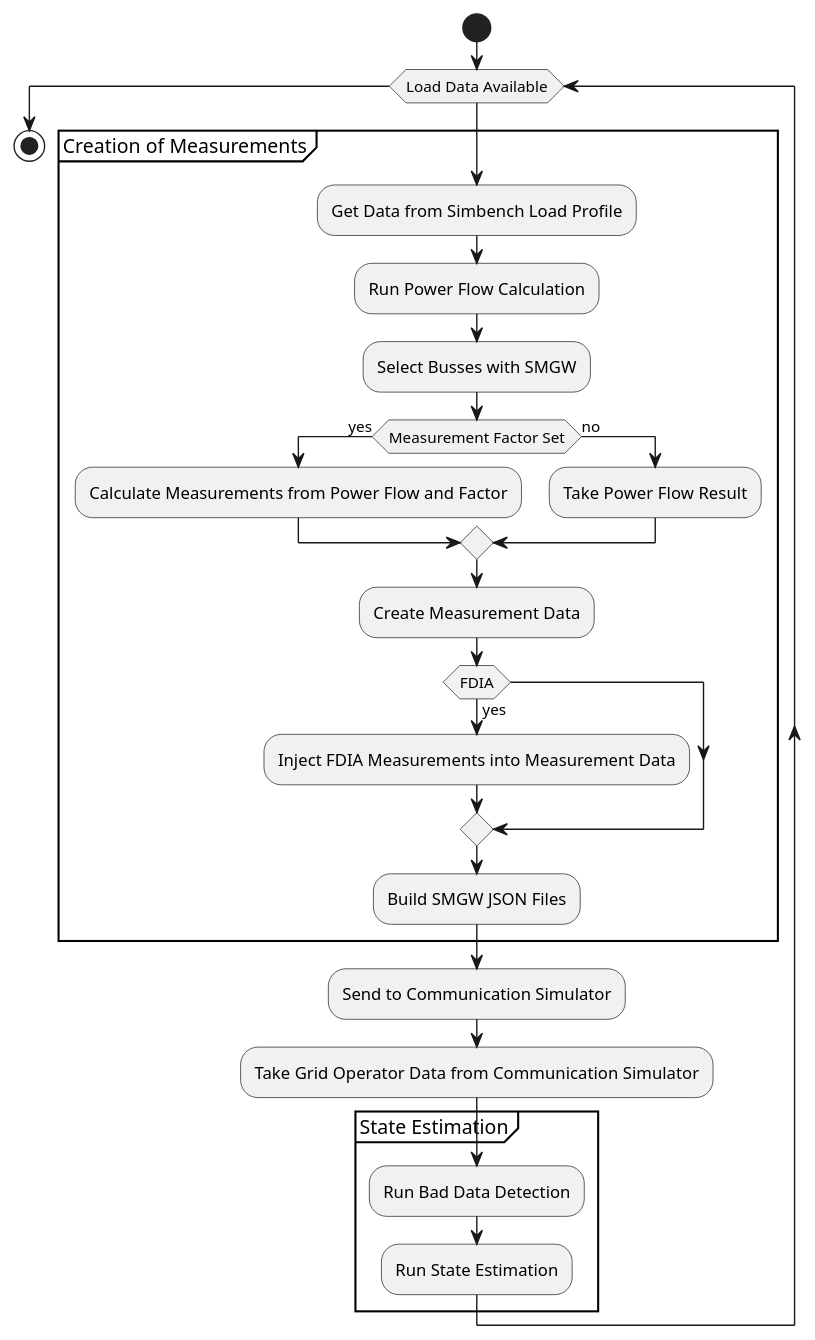
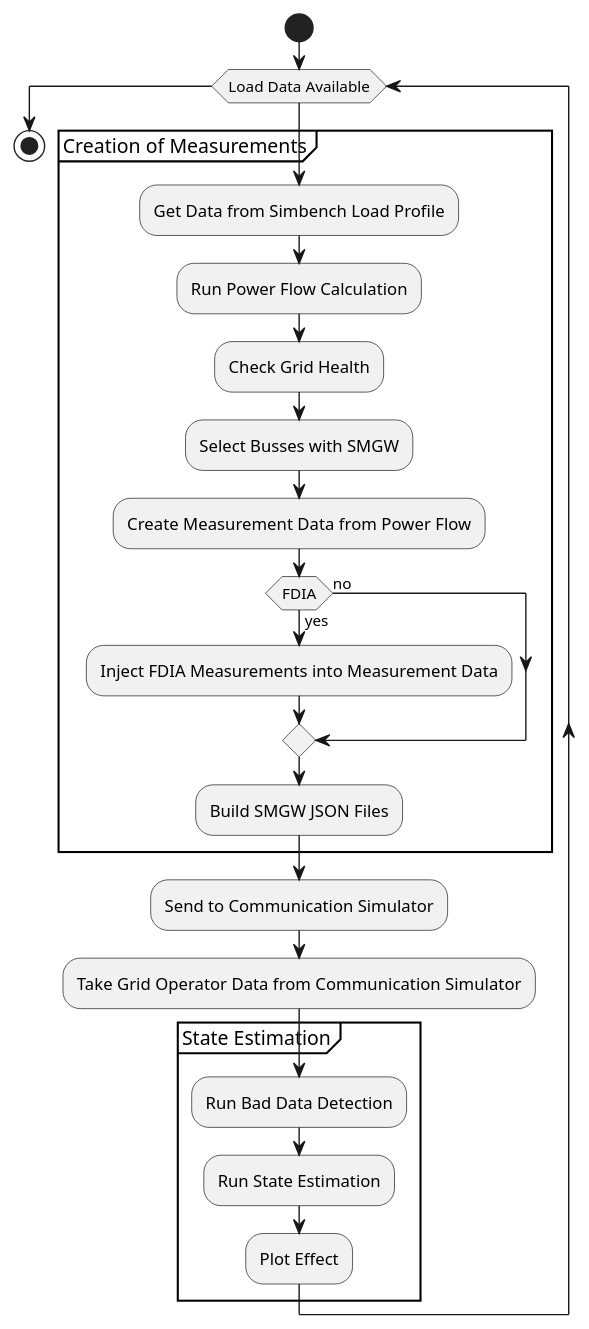
One commit to MoritzVolkman/GridComm-Cosimulation changed the diagram in figures/GridSimActivity.puml. Above: the diagram before and after it, drawn with PlantUML. The commit also changed 1 other file, not shown here.

Commit message:
Changed Grid Activity

```diff
--- a/figures/GridSimActivity.puml
+++ b/figures/GridSimActivity.puml
@@ -1,29 +1,27 @@
 @startuml
 'https://plantuml.com/activity-diagram-beta
 start
 while (Load Data Available)
     partition "Creation of Measurements" {
         :Get Data from Simbench Load Profile;
         :Run Power Flow Calculation;
+        :Check Grid Health;
         :Select Busses with SMGW;
-        if (Measurement Factor Set) then (yes)
-            :Calculate Measurements from Power Flow and Factor;
-        else (no)
-            :Take Power Flow Result;
-        endif
-        :Create Measurement Data;
+        :Create Measurement Data from Power Flow;
         if (FDIA) then (yes)
             :Inject FDIA Measurements into Measurement Data;
+        else (no)
         endif
             :Build SMGW JSON Files;
     }
     :Send to Communication Simulator;
     :Take Grid Operator Data from Communication Simulator;
     partition "State Estimation" {
         :Run Bad Data Detection;
         :Run State Estimation;
+        :Plot Effect;
     }
 endwhile
 stop
 
 @enduml
```
